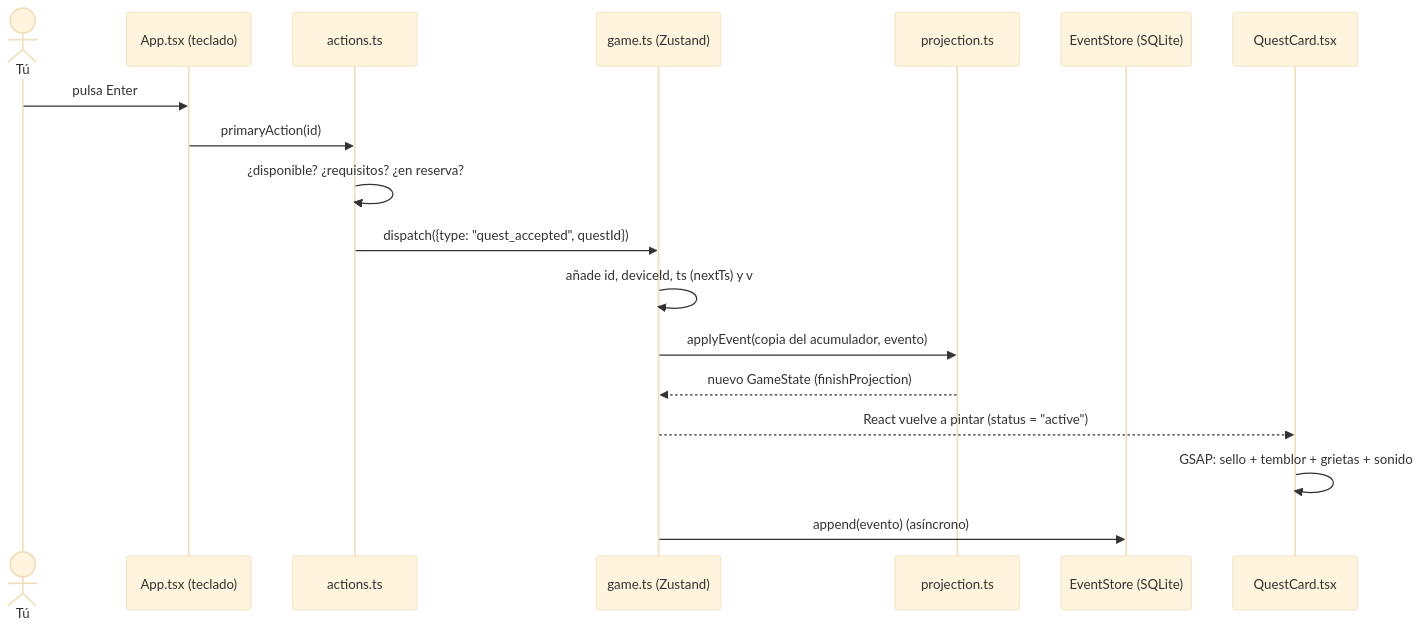
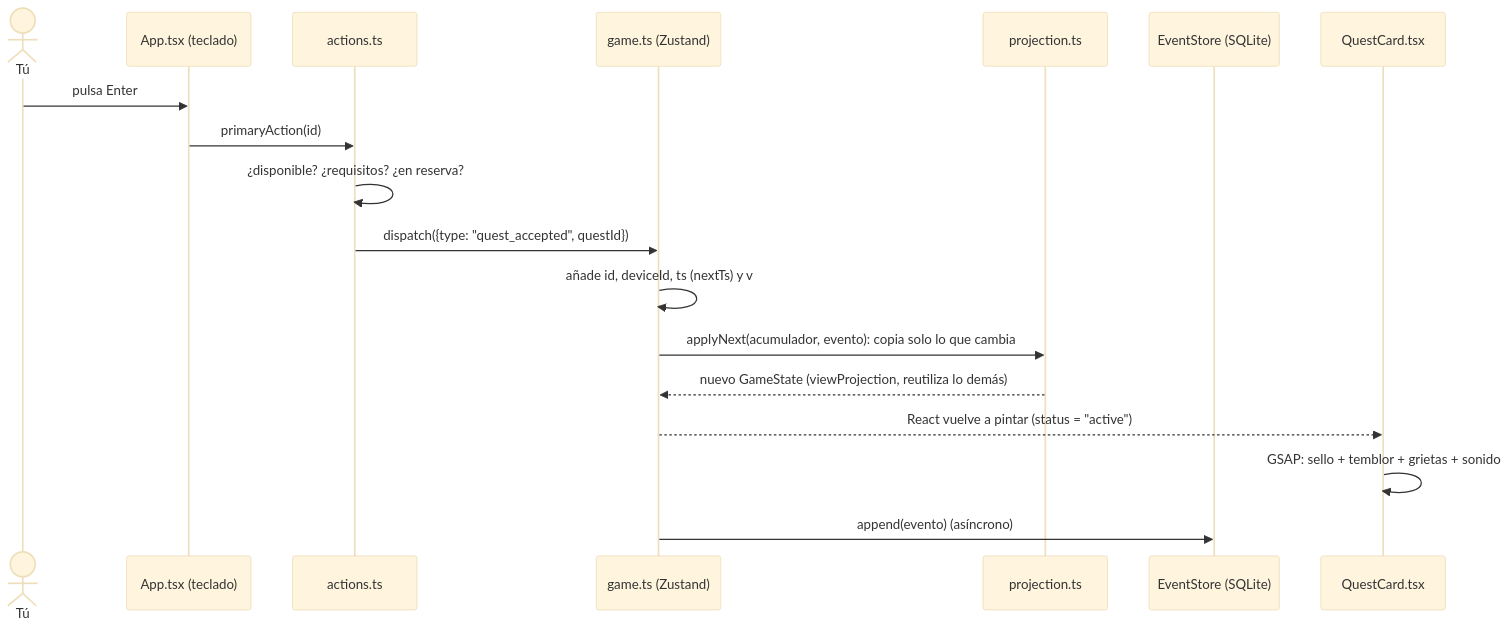
One commit to Carlos-Requena/Quest_Tareas changed the diagram in docs/COMO-FUNCIONA.md. Above: the diagram before and after it, drawn with Mermaid (base theme). The commit also changed other lines of this file and 18 other files, not shown here.

````diff
--- a/docs/COMO-FUNCIONA.md
+++ b/docs/COMO-FUNCIONA.md
@@ -31,21 +31,21 @@
 ```mermaid
 sequenceDiagram
     actor Tú
     participant App as App.tsx (teclado)
     participant Act as actions.ts
     participant Store as game.ts (Zustand)
     participant Dom as projection.ts
     participant DB as EventStore (SQLite)
     participant Card as QuestCard.tsx
 
     Tú->>App: pulsa Enter
     App->>Act: primaryAction(id)
     Act->>Act: ¿disponible? ¿requisitos? ¿en reserva?
     Act->>Store: dispatch({type: "quest_accepted", questId})
     Store->>Store: añade id, deviceId, ts (nextTs) y v
-    Store->>Dom: applyEvent(copia del acumulador, evento)
-    Dom-->>Store: nuevo GameState (finishProjection)
+    Store->>Dom: applyNext(acumulador, evento): copia solo lo que cambia
+    Dom-->>Store: nuevo GameState (viewProjection, reutiliza lo demás)
     Store-->>Card: React vuelve a pintar (status = "active")
     Card->>Card: GSAP: sello + temblor + grietas + sonido
     Store->>DB: append(evento) (asíncrono)
 ```
````
